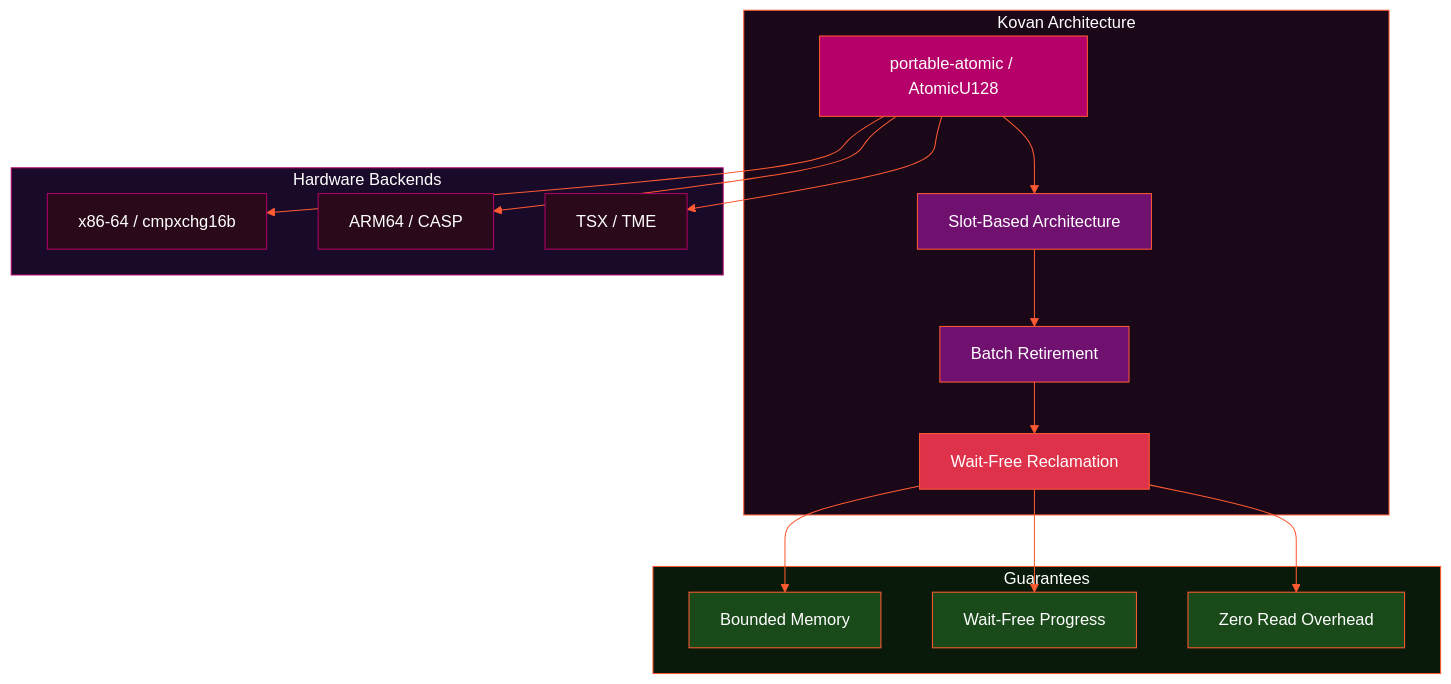
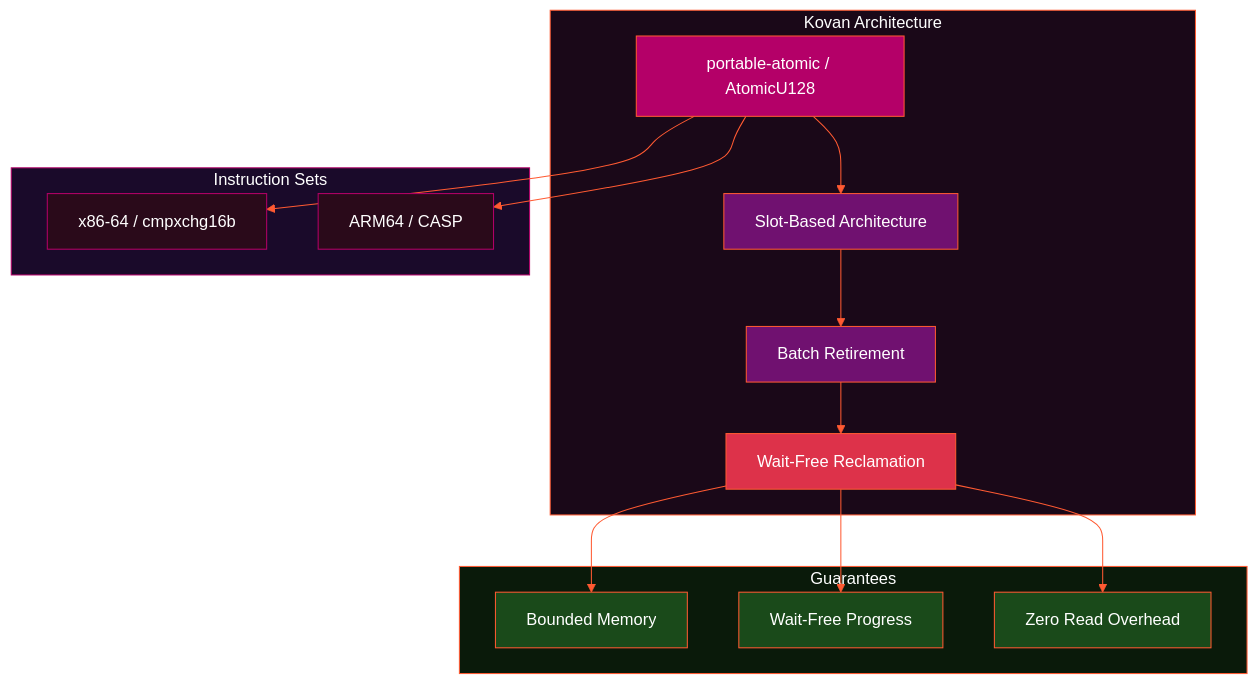
Before and after one commit to vertexclique/vertexclique.github.io: the third of 6 diagrams in src/content/posts/kovan-from-prod-to-mr.mdx, drawn with Mermaid. The commit also changed other lines of this file, not shown here.

````diff
--- a/src/content/posts/kovan-from-prod-to-mr.mdx
+++ b/src/content/posts/kovan-from-prod-to-mr.mdx
@@ -104,35 +127,35 @@
 ```mermaid
 %%{init: {'theme': 'base', 'themeVariables': {'primaryColor': '#2a0a1a', 'primaryTextColor': '#ffffff', 'primaryBorderColor': '#FF5A32', 'lineColor': '#FF5A32', 'secondaryColor': '#1a0a2a', 'tertiaryColor': '#701170', 'background': '#121212', 'mainBkg': '#1e0f1e', 'nodeBorder': '#FF5A32', 'clusterBkg': '#1a0818', 'clusterBorder': '#DD324A', 'titleColor': '#FF5A32', 'edgeLabelBackground': '#2a0a1a'}}}%%
 graph TD
     subgraph ARCH["Kovan Architecture"]
         PA["portable-atomic / AtomicU128"] --> SLOTS["Slot-Based Architecture"]
         SLOTS --> BR["Batch Retirement"]
         BR --> RECLAIM["Wait-Free Reclamation"]
     end
 
-    subgraph HW["Hardware Backends"]
+    subgraph HW["Instruction Sets"]
         PA --> X86["x86-64 / cmpxchg16b"]
         PA --> ARM["ARM64 / CASP"]
-        PA --> TSX["TSX / TME"]
+
     end
 
     subgraph GU["Guarantees"]
         RECLAIM --> G1["Bounded Memory"]
         RECLAIM --> G2["Wait-Free Progress"]
         RECLAIM --> G3["Zero Read Overhead"]
     end
 
     style ARCH fill:#1a0818,stroke:#FF5A32,color:#ffffff
     style HW fill:#1a0a2a,stroke:#B40068,color:#ffffff
     style GU fill:#0a1a0a,stroke:#FF5A32,color:#ffffff
     style PA fill:#B40068,stroke:#FF5A32,color:#ffffff
     style SLOTS fill:#701170,stroke:#FF5A32,color:#ffffff
     style BR fill:#701170,stroke:#FF5A32,color:#ffffff
     style RECLAIM fill:#DD324A,stroke:#FF5A32,color:#ffffff
     style X86 fill:#2a0a1a,stroke:#B40068,color:#ffffff
     style ARM fill:#2a0a1a,stroke:#B40068,color:#ffffff
-    style TSX fill:#2a0a1a,stroke:#B40068,color:#ffffff
+
     style G1 fill:#1a4a1a,stroke:#FF5A32,color:#ffffff
     style G2 fill:#1a4a1a,stroke:#FF5A32,color:#ffffff
     style G3 fill:#1a4a1a,stroke:#FF5A32,color:#ffffff
 ```
````
